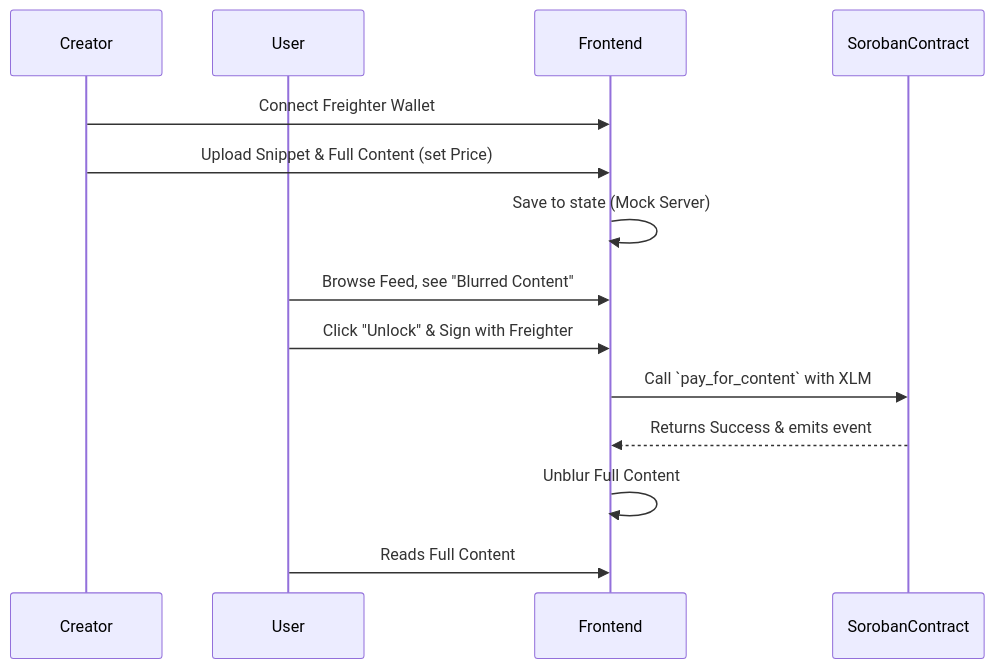
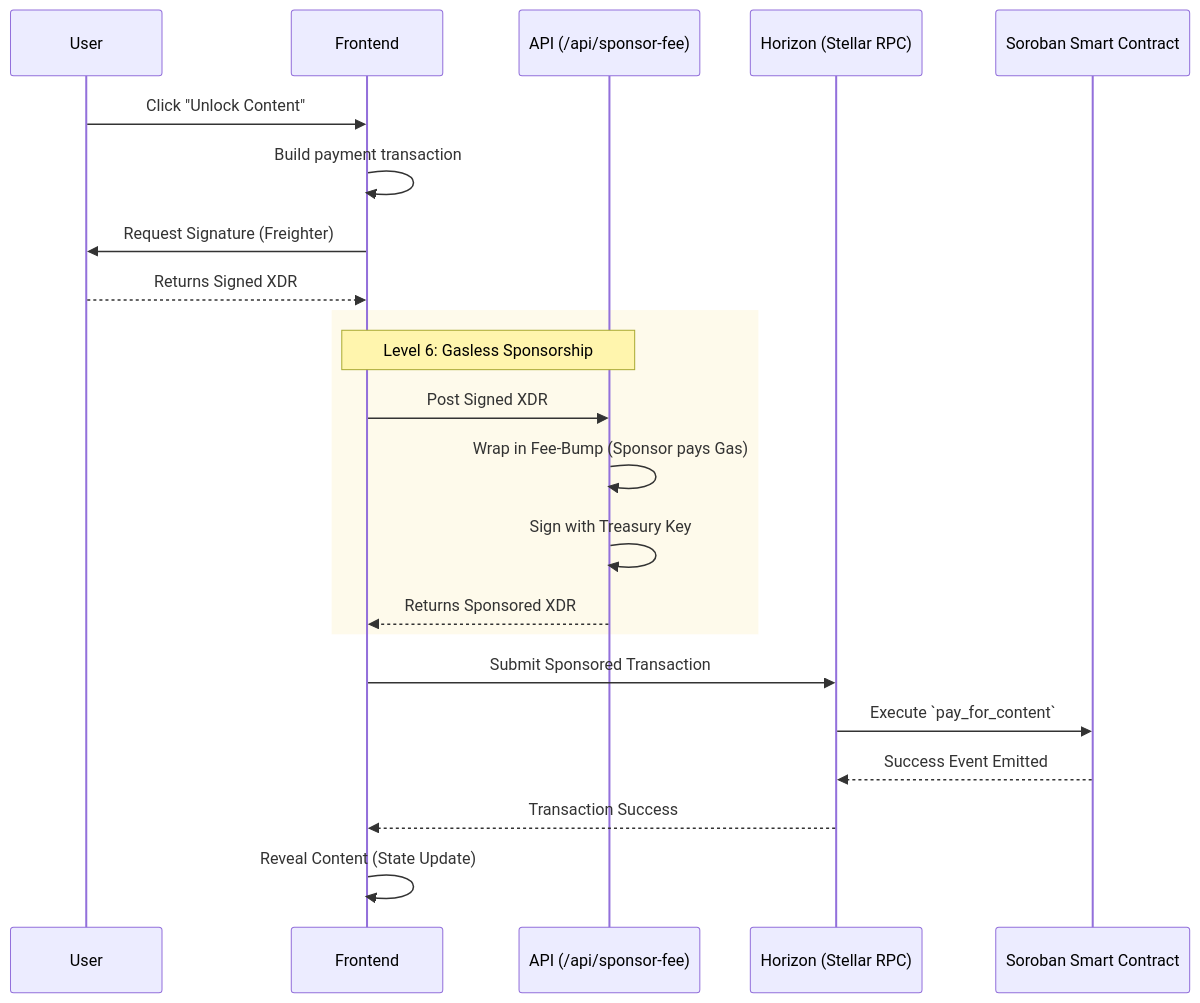
The first of 2 diagrams in ARCHITECTURE.md (ayyush1326-afx/stellar.stream), drawn with Mermaid before and after one commit. The commit also changed other lines of this file and 8 other files, not shown here.

Commit message:
feat: upgrade to Black Belt (Level 6) Architecture with Metrics Dashboard and Gasless Sponsorship

````diff
--- a/ARCHITECTURE.md
+++ b/ARCHITECTURE.md
@@ -14,18 +18,27 @@
 ```mermaid
 sequenceDiagram
-    participant Creator
     participant User
     participant Frontend
-    participant SorobanContract
+    participant SponsorAPI as API (/api/sponsor-fee)
+    participant Horizon as Horizon (Stellar RPC)
+    participant Soroban as Soroban Smart Contract
+
+    User->>Frontend: Click "Unlock Content"
+    Frontend->>Frontend: Build payment transaction
+    Frontend->>User: Request Signature (Freighter)
+    User-->>Frontend: Returns Signed XDR
     
-    Creator->>Frontend: Connect Freighter Wallet
-    Creator->>Frontend: Upload Snippet & Full Content (set Price)
-    Frontend->>Frontend: Save to state (Mock Server)
-    
-    User->>Frontend: Browse Feed, see "Blurred Content"
-    User->>Frontend: Click "Unlock" & Sign with Freighter
-    Frontend->>SorobanContract: Call `pay_for_content` with XLM
-    SorobanContract-->>Frontend: Returns Success & emits event
-    Frontend->>Frontend: Unblur Full Content
-    User->>Frontend: Reads Full Content
+    rect rgb(244, 208, 63, 0.1)
+    Note over Frontend, SponsorAPI: Level 6: Gasless Sponsorship
+    Frontend->>SponsorAPI: Post Signed XDR
+    SponsorAPI->>SponsorAPI: Wrap in Fee-Bump (Sponsor pays Gas)
+    SponsorAPI->>SponsorAPI: Sign with Treasury Key
+    SponsorAPI-->>Frontend: Returns Sponsored XDR
+    end
+
+    Frontend->>Horizon: Submit Sponsored Transaction
+    Horizon->>Soroban: Execute `pay_for_content`
+    Soroban-->>Horizon: Success Event Emitted
+    Horizon-->>Frontend: Transaction Success
+    Frontend->>Frontend: Reveal Content (State Update)
 ```
````
